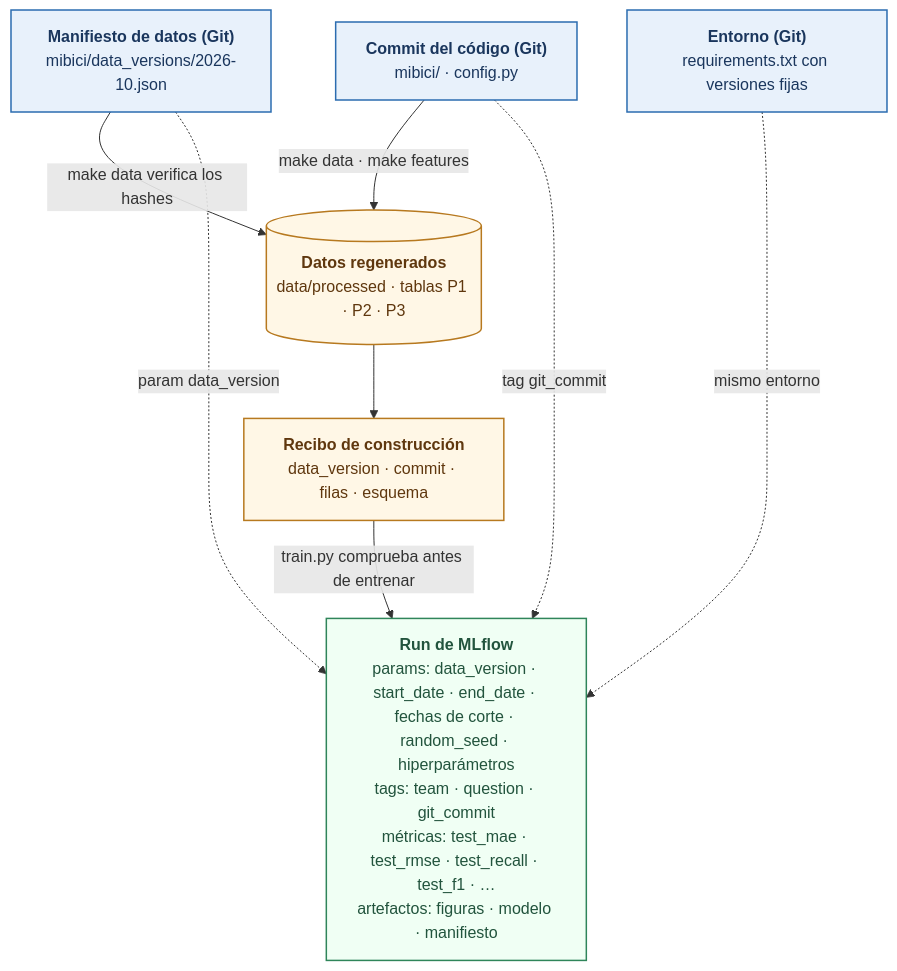
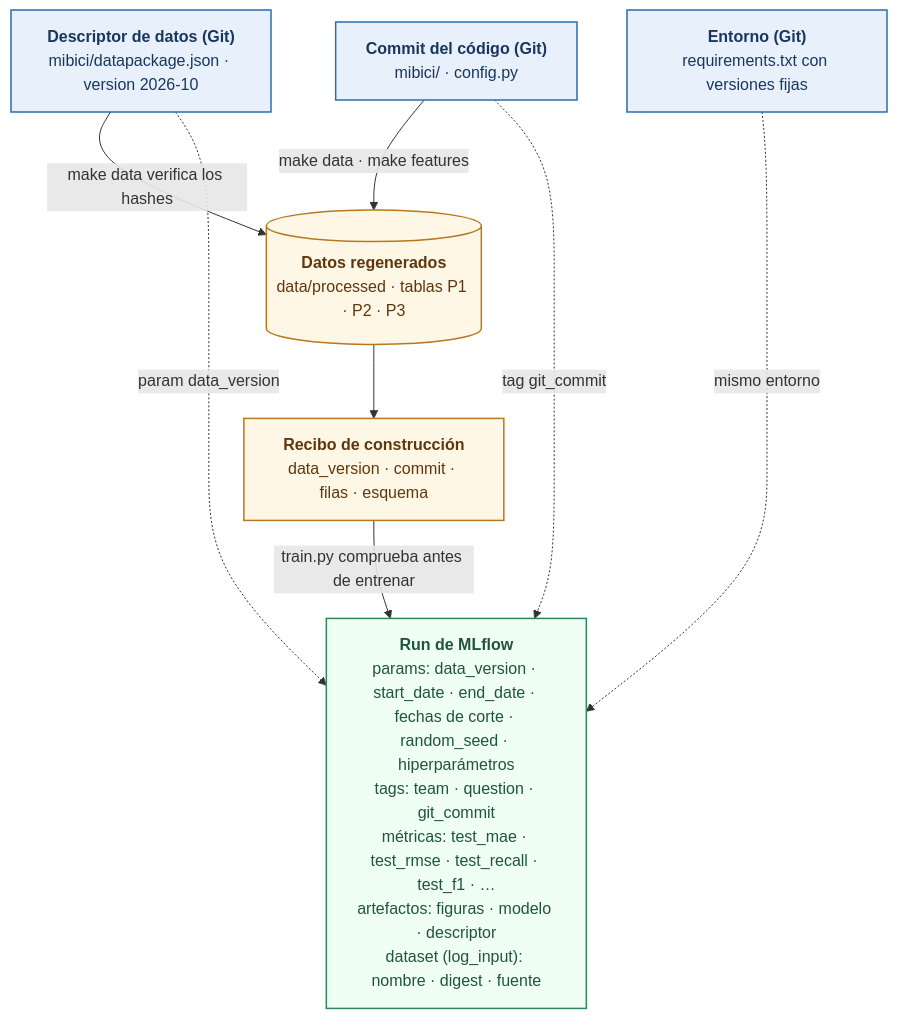
One commit to WillSagzz/TC5061-Proyecto-Equipo10 changed the diagram in references/trazabilidad.mmd. Above: the diagram before and after it, drawn with Mermaid. The commit also changed 12 other files, not shown here.

First line of the commit message:
docs(entregas): adopta datapackage.json para versionar datos y deja Azure como plan

```diff
--- a/references/trazabilidad.mmd
+++ b/references/trazabilidad.mmd
@@ -1,29 +1,29 @@
 %% Cadena de trazabilidad de un run · Proyecto MiBici · TC5061 Equipo 10
 %% Fuente de la Figura 3 de la Entrega 01. Se exporta a trazabilidad.png con mermaid-cli.
 %% Colores: azul = en Git · naranja = regenerado en cada máquina · verde = registro en MLflow.
 flowchart TB
 
-  MAN["<b>Manifiesto de datos (Git)</b><br/>mibici/data_versions/2026-10.json"]
+  MAN["<b>Descriptor de datos (Git)</b><br/>mibici/datapackage.json · version 2026-10"]
   COMMIT["<b>Commit del código (Git)</b><br/>mibici/ · config.py"]
   REQ["<b>Entorno (Git)</b><br/>requirements.txt con versiones fijas"]
 
   DATA[("<b>Datos regenerados</b><br/>data/processed · tablas P1 · P2 · P3")]
   RECEIPT["<b>Recibo de construcción</b><br/>data_version · commit · filas · esquema"]
 
-  RUN["<b>Run de MLflow</b><br/>params: data_version · start_date · end_date · fechas de corte · random_seed · hiperparámetros<br/>tags: team · question · git_commit<br/>métricas: test_mae · test_rmse · test_recall · test_f1 · …<br/>artefactos: figuras · modelo · manifiesto"]
+  RUN["<b>Run de MLflow</b><br/>params: data_version · start_date · end_date · fechas de corte · random_seed · hiperparámetros<br/>tags: team · question · git_commit<br/>métricas: test_mae · test_rmse · test_recall · test_f1 · …<br/>artefactos: figuras · modelo · descriptor<br/>dataset (log_input): nombre · digest · fuente"]
 
   MAN -- "make data verifica los hashes" --> DATA
   COMMIT -- "make data · make features" --> DATA
   REQ ~~~ DATA
   DATA --> RECEIPT
   RECEIPT -- "train.py comprueba antes de entrenar" --> RUN
   MAN -. "param data_version" .-> RUN
   COMMIT -. "tag git_commit" .-> RUN
   REQ -. "mismo entorno" .-> RUN
 
   classDef git fill:#e8f1fb,stroke:#2b6cb0,stroke-width:1.5px,color:#1a365d
   classDef local fill:#fff7e6,stroke:#b7791f,stroke-width:1.5px,color:#5f370e
   classDef run fill:#f0fff4,stroke:#2f855a,stroke-width:1.5px,color:#22543d
   class MAN,COMMIT,REQ git
   class DATA,RECEIPT local
   class RUN run
```
